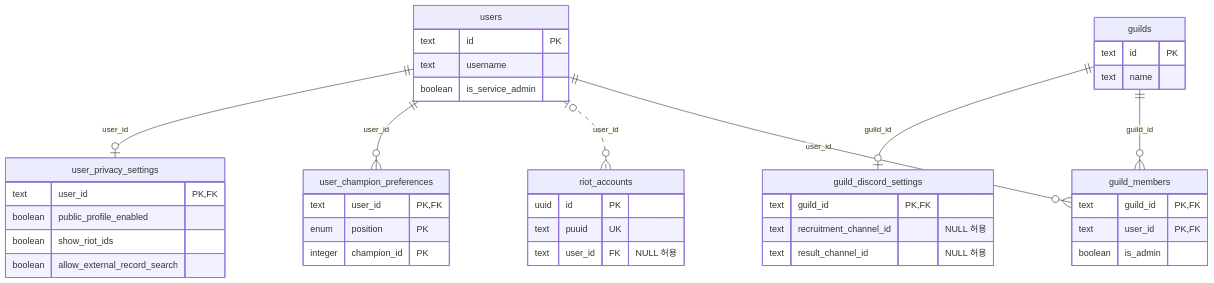
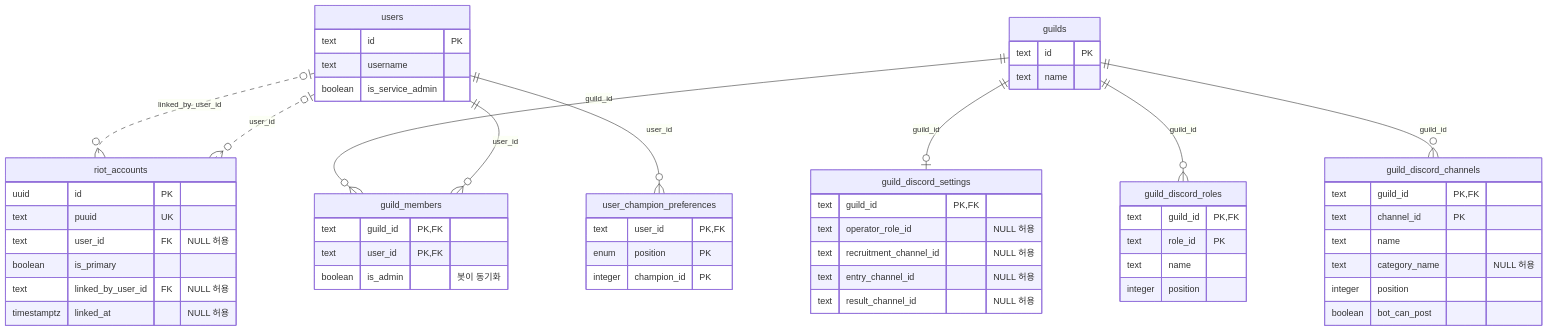
The second of 7 diagrams in docs/database-erd.md (Longcat2957/MonkeyScrimManager2), drawn with Mermaid before and after one commit. The commit also changed other lines of this file and 55 other files, not shown here.

````diff
--- a/docs/database-erd.md
+++ b/docs/database-erd.md
@@ -72,45 +71,60 @@
 ```mermaid
 erDiagram
     users {
         text id PK
         text username
         boolean is_service_admin
     }
     guilds {
         text id PK
         text name
     }
     guild_members {
         text guild_id PK, FK
         text user_id PK, FK
-        boolean is_admin
+        boolean is_admin "봇이 동기화"
     }
     riot_accounts {
         uuid id PK
         text puuid UK
         text user_id FK "NULL 허용"
+        boolean is_primary
+        text linked_by_user_id FK "NULL 허용"
+        timestamptz linked_at "NULL 허용"
     }
     user_champion_preferences {
         text user_id PK, FK
         enum position PK
         integer champion_id PK
     }
-    user_privacy_settings {
-        text user_id PK, FK
-        boolean public_profile_enabled
-        boolean show_riot_ids
-        boolean allow_external_record_search
-    }
     guild_discord_settings {
         text guild_id PK, FK
+        text operator_role_id "NULL 허용"
         text recruitment_channel_id "NULL 허용"
+        text entry_channel_id "NULL 허용"
         text result_channel_id "NULL 허용"
+    }
+    guild_discord_roles {
+        text guild_id PK, FK
+        text role_id PK
+        text name
+        integer position
+    }
+    guild_discord_channels {
+        text guild_id PK, FK
+        text channel_id PK
+        text name
+        text category_name "NULL 허용"
+        integer position
+        boolean bot_can_post
     }
 
     users ||--o{ guild_members : user_id
     guilds ||--o{ guild_members : guild_id
     users |o..o{ riot_accounts : user_id
+    users |o..o{ riot_accounts : linked_by_user_id
     users ||--o{ user_champion_preferences : user_id
-    users ||--o| user_privacy_settings : user_id
     guilds ||--o| guild_discord_settings : guild_id
+    guilds ||--o{ guild_discord_roles : guild_id
+    guilds ||--o{ guild_discord_channels : guild_id
 ```
````
